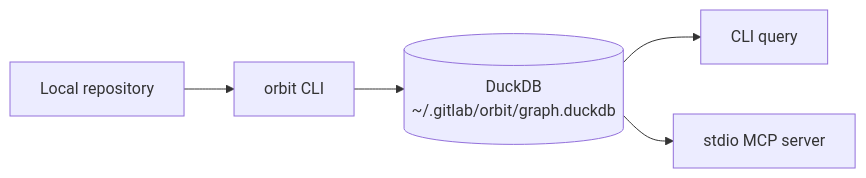
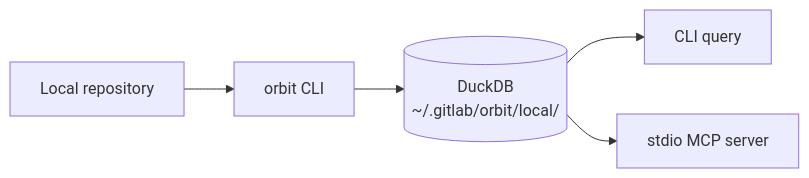
One commit to gitlabhq/orbit-knowledge-graph changed the second of 2 diagrams in docs/source/_index.md. Above: the diagram before and after it, drawn with Mermaid. The commit also changed 11 other files, not shown here.

Commit message:
fix(local): remove legacy shared graph assumptions

````diff
--- a/docs/source/_index.md
+++ b/docs/source/_index.md
@@ -85,10 +85,10 @@
 ```mermaid
 flowchart LR
     accTitle: GitLab Orbit Local architecture
     accDescr: The GitLab Orbit CLI parses a local repository, builds a code graph, and writes it to a local DuckDB file. You query the graph via the CLI or connect an AI agent through the stdio MCP server.
 
     Repo[Local repository] --> CLI["orbit CLI"]
-    CLI --> DB[("DuckDB\n~/.gitlab/orbit/graph.duckdb")]
+    CLI --> DB[("DuckDB\n~/.gitlab/orbit/local/")]
     DB --> Query[CLI query]
     DB --> MCP[stdio MCP server]
 ```
````
